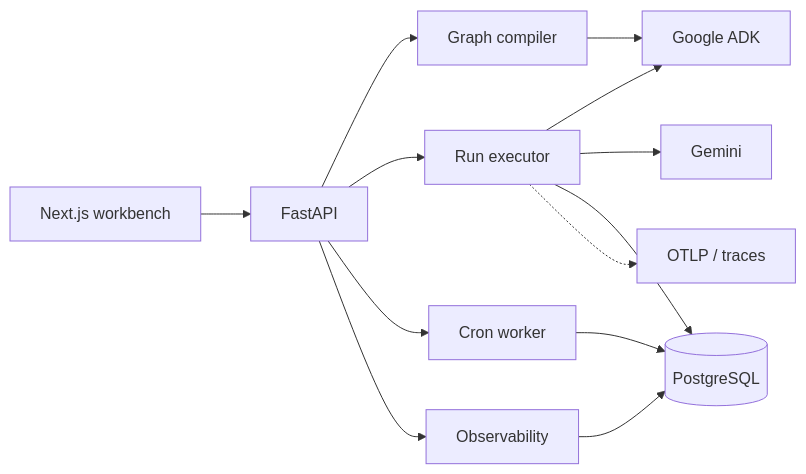
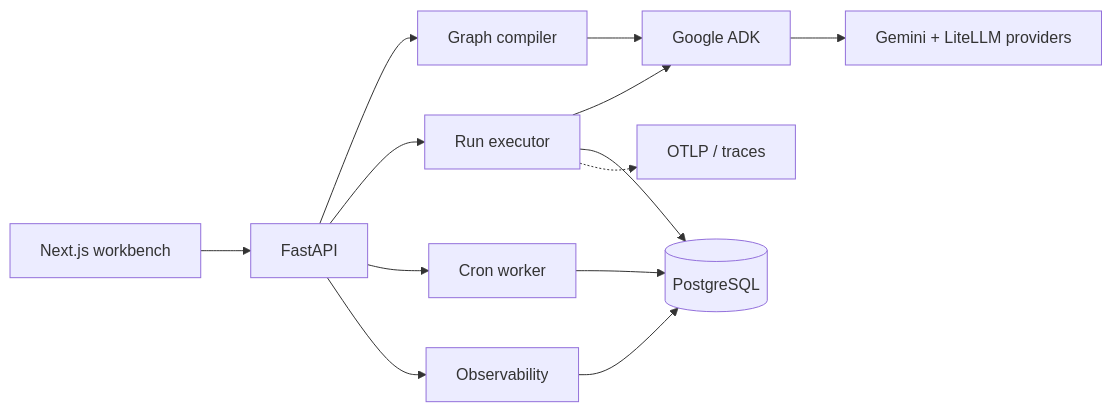
One commit to himanshu-nakrani/aegis changed the diagram in README.md. Above: the diagram before and after it, drawn with Mermaid. The commit also changed other lines of this file and 7 other files, not shown here.

````diff
--- a/README.md
+++ b/README.md
@@ -119,15 +119,15 @@
 ```mermaid
 flowchart LR
   UI[Next.js workbench] --> API[FastAPI]
   API --> Compiler[Graph compiler]
   API --> Executor[Run executor]
   API --> Scheduler[Cron worker]
   Compiler --> ADK[Google ADK]
   Executor --> ADK
-  Executor --> Gemini[Gemini]
+  ADK --> LLM[Gemini + LiteLLM providers]
   Executor --> DB[(PostgreSQL)]
   Scheduler --> DB
   API --> Obs[Observability]
   Obs --> DB
   Executor -.-> OTLP[OTLP / traces]
 ```
````
